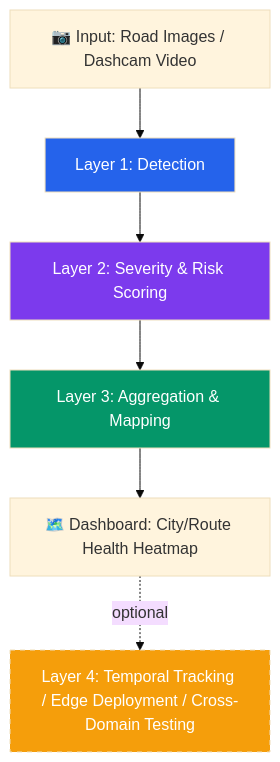
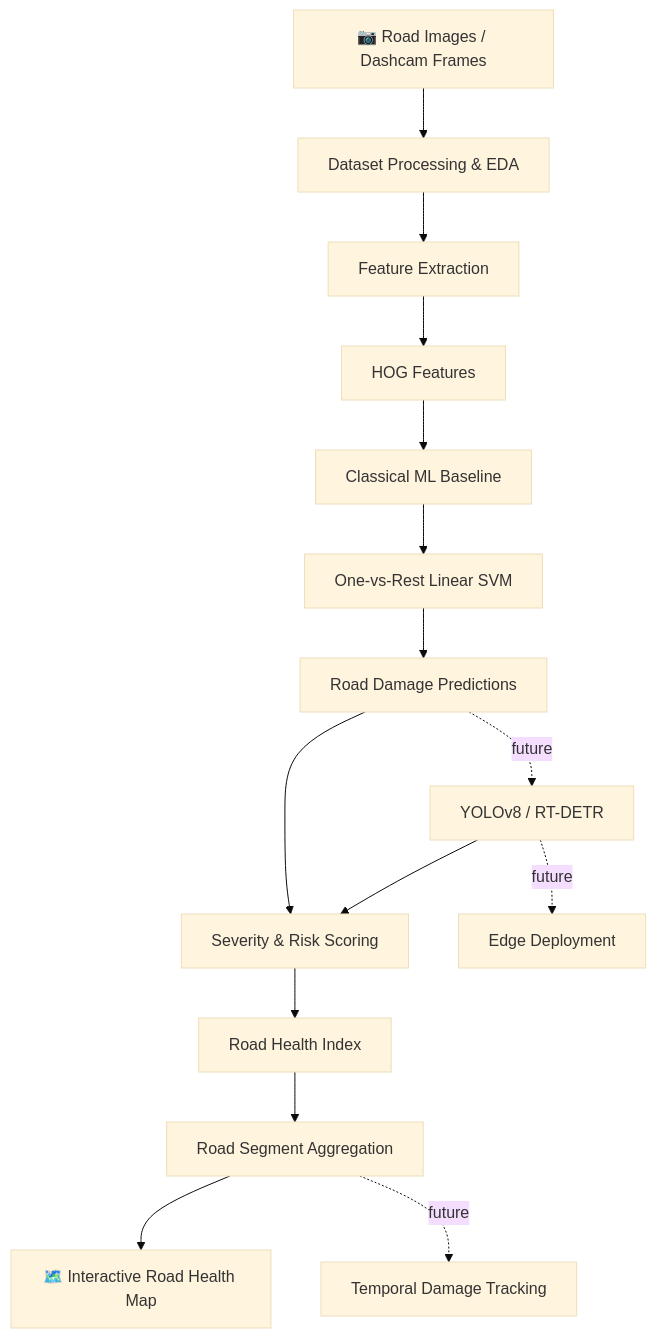
Before and after one commit to GuptaPurab/TarmacLook: the diagram in README.md, drawn with Mermaid (base theme). The commit also changed other lines of this file, not shown here.

````diff
--- a/README.md
+++ b/README.md
@@ -29,13 +43,25 @@
 ```mermaid
 flowchart TD
-    A[📷 Input: Road Images / Dashcam Video] --> B[Layer 1: Detection]
-    B --> C[Layer 2: Severity & Risk Scoring]
-    C --> D[Layer 3: Aggregation & Mapping]
-    D --> E[🗺️ Dashboard: City/Route Health Heatmap]
-    E -.optional.-> F[Layer 4: Temporal Tracking / Edge Deployment / Cross-Domain Testing]
+    A[📷 Road Images / Dashcam Frames]
+    A --> B[Dataset Processing & EDA]
 
-    style B fill:#2563eb,color:#fff
-    style C fill:#7c3aed,color:#fff
-    style D fill:#059669,color:#fff
-    style F fill:#f59e0b,color:#fff,stroke-dasharray: 5 5
+    B --> C[Feature Extraction]
+    C --> D[HOG Features]
+
+    D --> E[Classical ML Baseline]
+    E --> F[One-vs-Rest Linear SVM]
+
+    F --> G[Road Damage Predictions]
+
+    G --> H[Severity & Risk Scoring]
+    H --> I[Road Health Index]
+
+    I --> J[Road Segment Aggregation]
+    J --> K[🗺️ Interactive Road Health Map]
+
+    G -. future .-> L[YOLOv8 / RT-DETR]
+    L --> H
+
+    J -. future .-> M[Temporal Damage Tracking]
+    L -. future .-> N[Edge Deployment]
 ```
````
